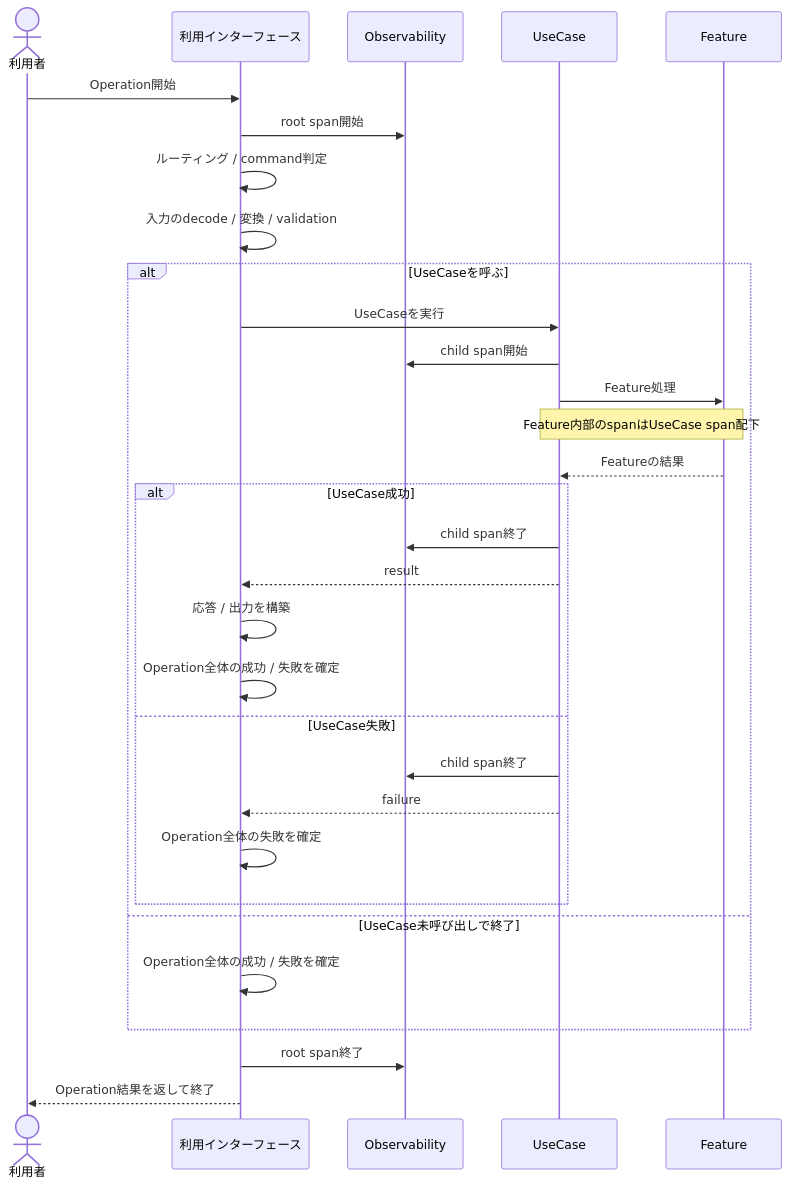
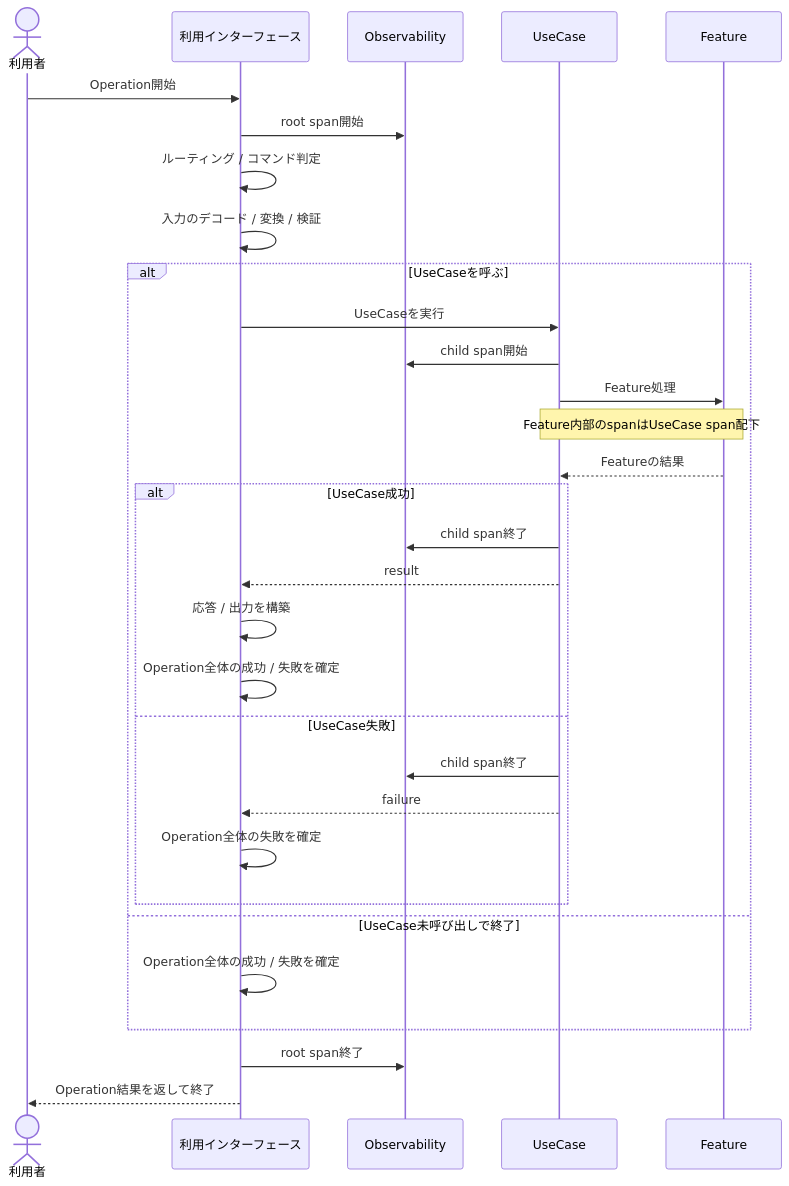
One commit to takashit16833/Workbench changed the first of 2 diagrams in Notes/RAGScope/RAGScopeアプリケーション/実行追跡・構造化ログ概要図.md. Above: the diagram before and after it, drawn with Mermaid. The commit also changed other lines of this file, not shown here.

Commit message:
docs: polish overview Japanese wording

````diff
--- a/Notes/RAGScope/RAGScopeアプリケーション/実行追跡・構造化ログ概要図.md
+++ b/Notes/RAGScope/RAGScopeアプリケーション/実行追跡・構造化ログ概要図.md
@@ -23,37 +23,37 @@
 ```mermaid
 sequenceDiagram
     actor User as 利用者
     participant Interface as 利用インターフェース
     participant Observability
     participant UseCase
     participant Feature
 
     User->>Interface: Operation開始
     Interface->>Observability: root span開始
-    Interface->>Interface: ルーティング / command判定
-    Interface->>Interface: 入力のdecode / 変換 / validation
+    Interface->>Interface: ルーティング / コマンド判定
+    Interface->>Interface: 入力のデコード / 変換 / 検証
 
     alt UseCaseを呼ぶ
         Interface->>UseCase: UseCaseを実行
         UseCase->>Observability: child span開始
         UseCase->>Feature: Feature処理
         Note over UseCase,Feature: Feature内部のspanはUseCase span配下
         Feature-->>UseCase: Featureの結果
 
         alt UseCase成功
             UseCase->>Observability: child span終了
             UseCase-->>Interface: result
             Interface->>Interface: 応答 / 出力を構築
             Interface->>Interface: Operation全体の成功 / 失敗を確定
         else UseCase失敗
             UseCase->>Observability: child span終了
             UseCase-->>Interface: failure
             Interface->>Interface: Operation全体の失敗を確定
         end
     else UseCase未呼び出しで終了
         Interface->>Interface: Operation全体の成功 / 失敗を確定
     end
 
     Interface->>Observability: root span終了
     Interface-->>User: Operation結果を返して終了
 ```
````
